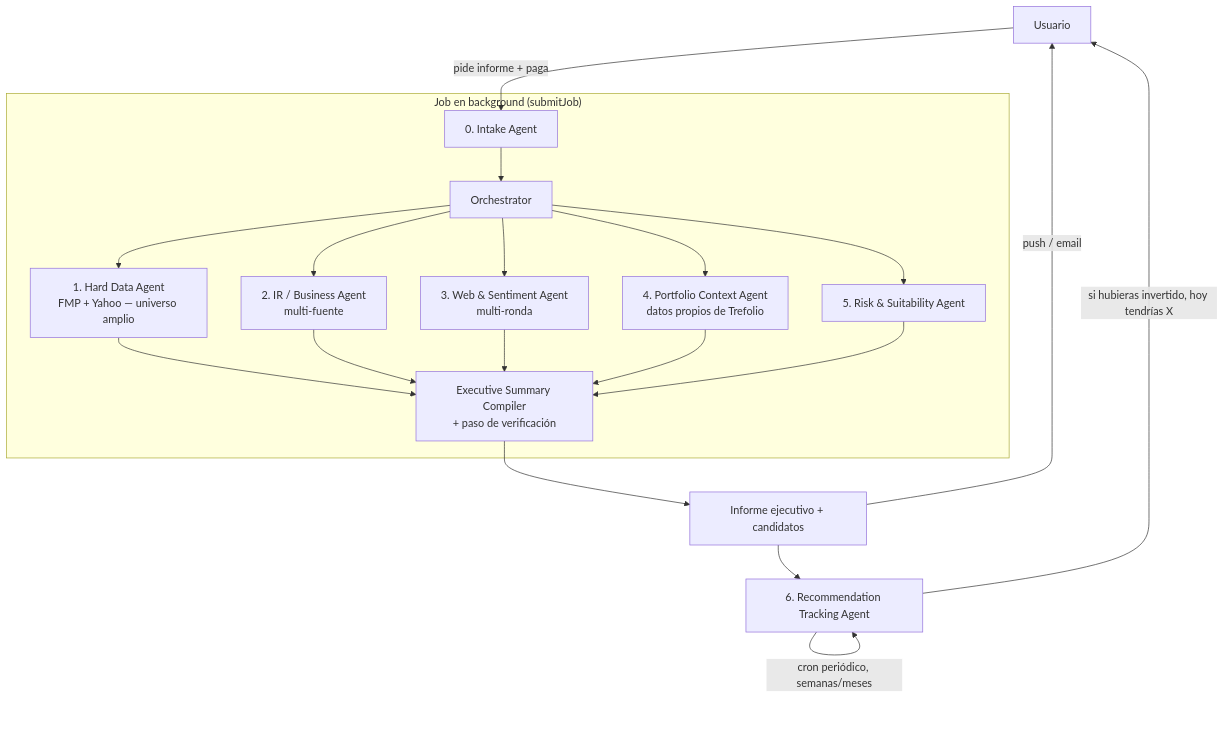
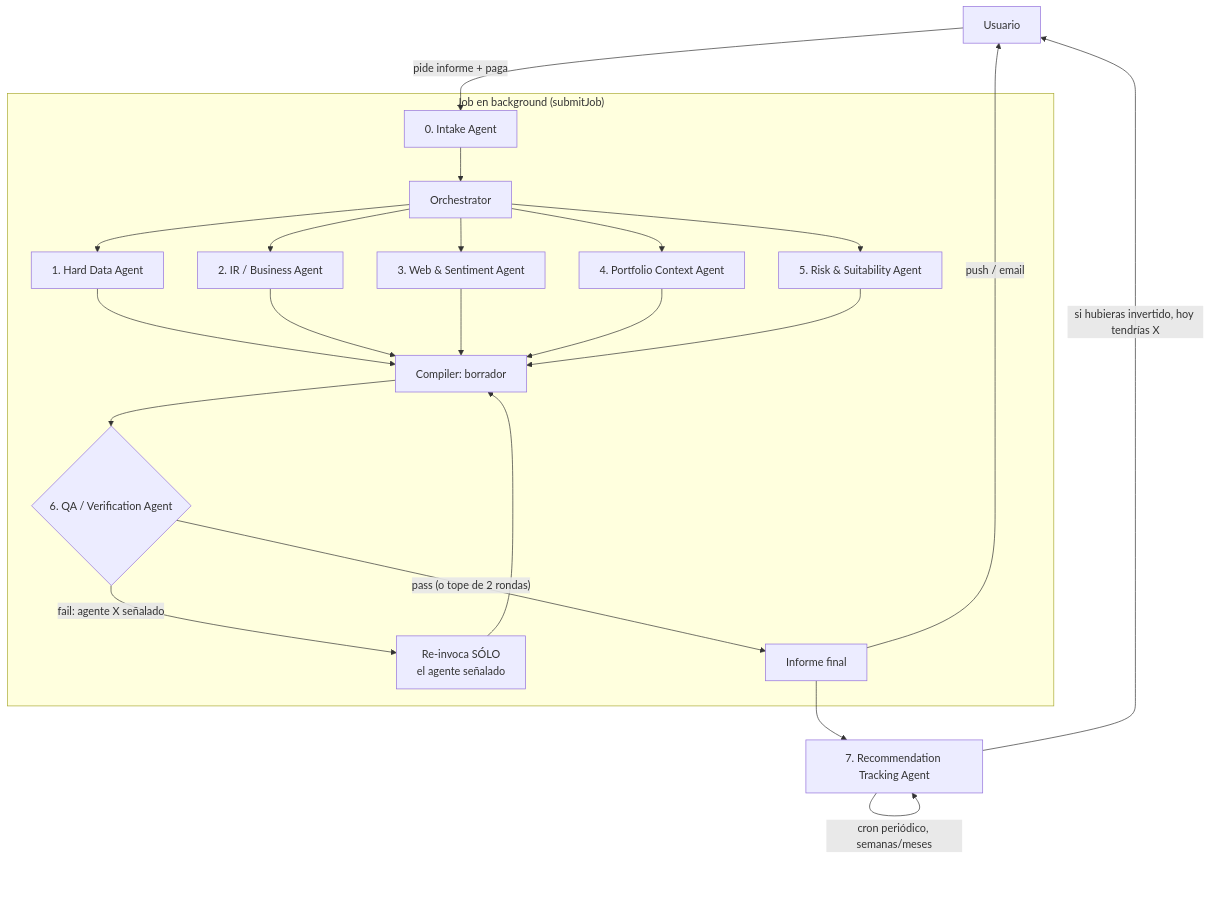
One commit to kyberis/stocktracker changed the diagram in docs/PRD_INVESTMENT_SCREENING_AGENTS.md. Above: the diagram before and after it, drawn with Mermaid. The commit also changed other lines of this file, not shown here.

First line of the commit message:
docs: add QA/verification loop agent with targeted correction + tech stack

````diff
--- a/docs/PRD_INVESTMENT_SCREENING_AGENTS.md
+++ b/docs/PRD_INVESTMENT_SCREENING_AGENTS.md
@@ -99,24 +115,27 @@
 ```mermaid
 flowchart TD
     U[Usuario] -->|pide informe + paga| Intake
 
     subgraph "Job en background (submitJob)"
         Intake[0. Intake Agent] --> Planner[Orchestrator]
-        Planner --> A1[1. Hard Data Agent<br/>FMP + Yahoo — universo amplio]
-        Planner --> A2[2. IR / Business Agent<br/>multi-fuente]
-        Planner --> A3[3. Web & Sentiment Agent<br/>multi-ronda]
-        Planner --> A4[4. Portfolio Context Agent<br/>datos propios de Trefolio]
+        Planner --> A1[1. Hard Data Agent]
+        Planner --> A2[2. IR / Business Agent]
+        Planner --> A3[3. Web & Sentiment Agent]
+        Planner --> A4[4. Portfolio Context Agent]
         Planner --> A5[5. Risk & Suitability Agent]
-        A1 --> Compiler[Executive Summary Compiler<br/>+ paso de verificación]
-        A2 --> Compiler
-        A3 --> Compiler
-        A4 --> Compiler
-        A5 --> Compiler
+        A1 --> Draft[Compiler: borrador]
+        A2 --> Draft
+        A3 --> Draft
+        A4 --> Draft
+        A5 --> Draft
+        Draft --> QA{6. QA / Verification Agent}
+        QA -->|"fail: agente X señalado"| Retry[Re-invoca SÓLO<br/>el agente señalado]
+        Retry --> Draft
+        QA -->|"pass (o tope de 2 rondas)"| Final[Informe final]
     end
 
-    Compiler --> Report[Informe ejecutivo + candidatos]
-    Report -->|push / email| U
-    Report --> Tracking[6. Recommendation Tracking Agent]
+    Final -->|push / email| U
+    Final --> Tracking[7. Recommendation Tracking Agent]
     Tracking -->|cron periódico, semanas/meses| Tracking
     Tracking -->|"si hubieras invertido, hoy tendrías X"| U
 ```
````
